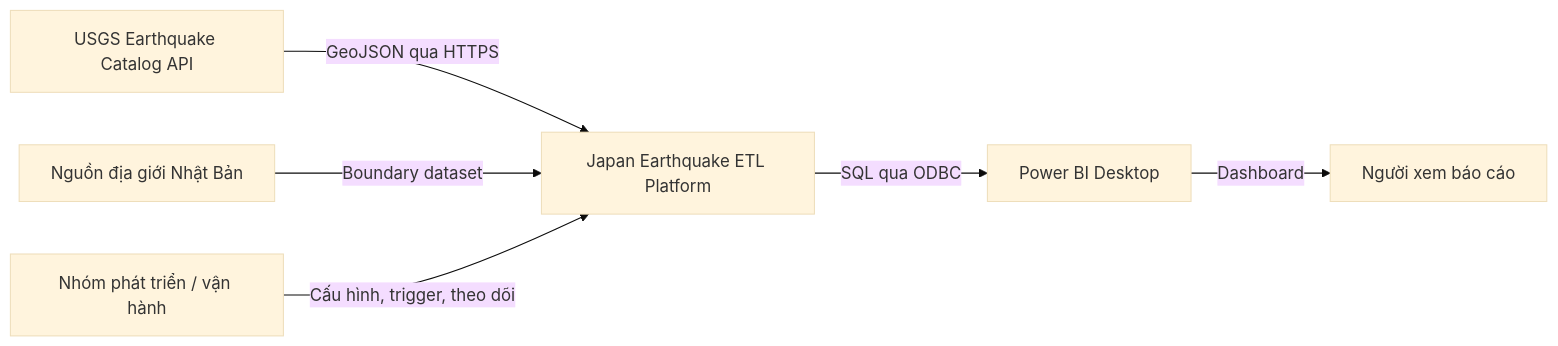
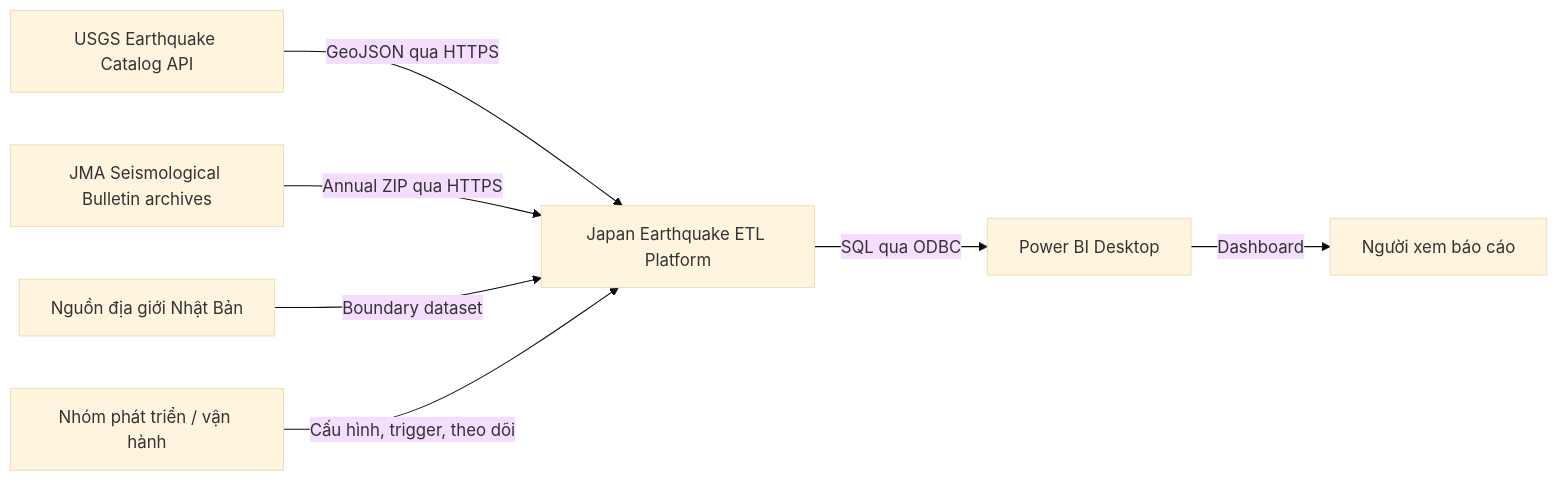
One commit to HoaiTam/japan-earthquake-etl changed the first of 4 diagrams in docs/SYSTEM_ARCHITECTURE.md. Above: the diagram before and after it, drawn with Mermaid (base theme). The commit also changed other lines of this file and 15 other files, not shown here.

````diff
--- a/docs/SYSTEM_ARCHITECTURE.md
+++ b/docs/SYSTEM_ARCHITECTURE.md
@@ -19,15 +19,17 @@
 ```mermaid
 flowchart LR
     USGS["USGS Earthquake Catalog API"]
+    JMA["JMA Seismological Bulletin archives"]
     GEO["Nguồn địa giới Nhật Bản"]
     TEAM["Nhóm phát triển / vận hành"]
     VIEWER["Người xem báo cáo"]
     SYS["Japan Earthquake ETL Platform"]
     PBI["Power BI Desktop"]
 
     USGS -->|"GeoJSON qua HTTPS"| SYS
+    JMA -->|"Annual ZIP qua HTTPS"| SYS
     GEO -->|"Boundary dataset"| SYS
     TEAM -->|"Cấu hình, trigger, theo dõi"| SYS
     SYS -->|"SQL qua ODBC"| PBI
     PBI -->|"Dashboard"| VIEWER
 ```
````
